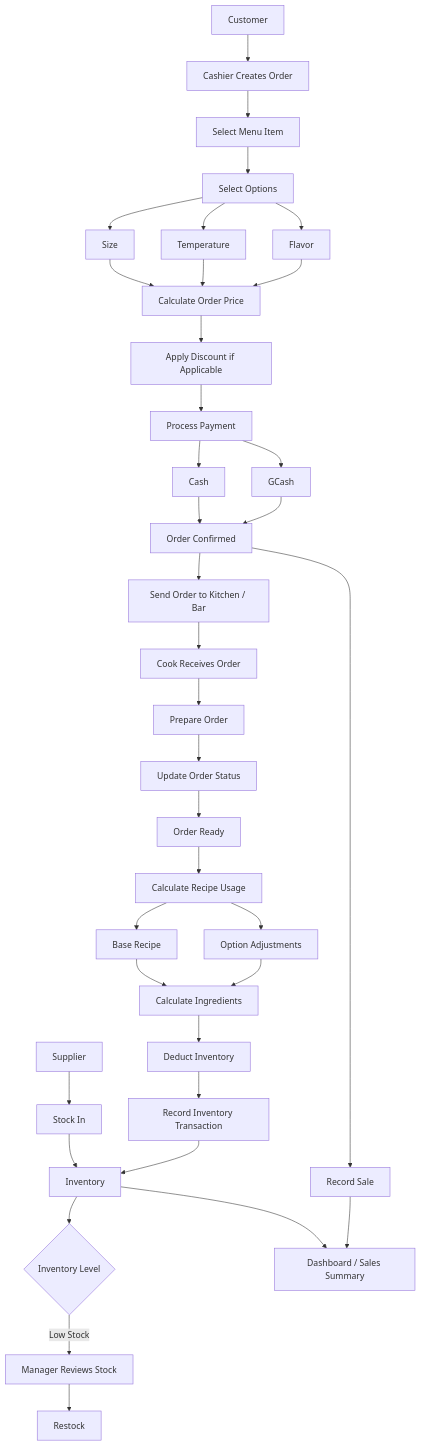
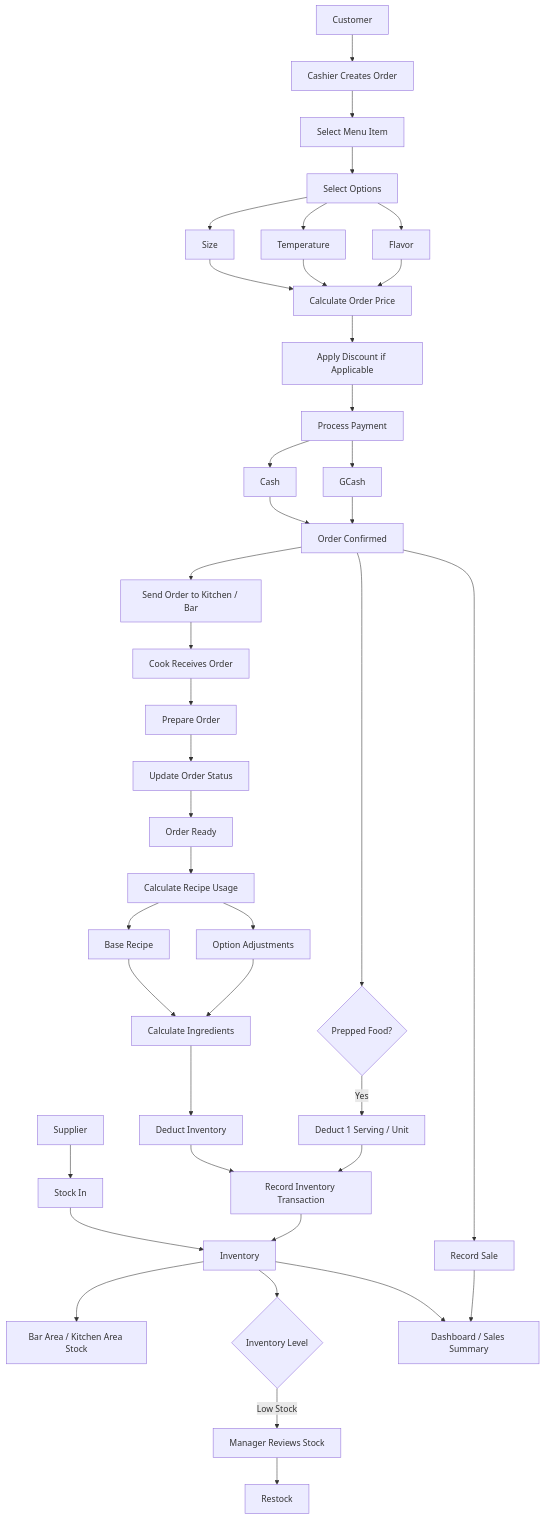
Before and after one commit to lzaragosa555459-eng/ProjectTBB: the second of 2 diagrams in README.md, drawn with Mermaid.

````diff
--- a/README.md
+++ b/README.md
@@ -357,56 +357,61 @@
 ```mermaid
 flowchart TD
 
     A[Supplier] --> B[Stock In]
     B --> C[Inventory]
+    C --> C1[Bar Area / Kitchen Area Stock]
 
     C --> D{Inventory Level}
     D -->|Low Stock| E[Manager Reviews Stock]
     E --> F[Restock]
 
     G[Customer] --> H[Cashier Creates Order]
 
     H --> I[Select Menu Item]
     I --> J[Select Options]
 
     J --> J1[Size]
     J --> J2[Temperature]
     J --> J3[Flavor]
 
     J1 --> K[Calculate Order Price]
     J2 --> K
     J3 --> K
 
     K --> L[Apply Discount if Applicable]
     L --> M[Process Payment]
 
     M --> M1[Cash]
     M --> M2[GCash]
 
     M1 --> N[Order Confirmed]
     M2 --> N
 
     N --> O[Send Order to Kitchen / Bar]
 
     O --> P[Cook Receives Order]
     P --> Q[Prepare Order]
     Q --> R[Update Order Status]
     R --> S[Order Ready]
 
     S --> T[Calculate Recipe Usage]
 
     T --> T1[Base Recipe]
     T --> T2[Option Adjustments]
 
     T1 --> U[Calculate Ingredients]
     T2 --> U
 
     U --> V[Deduct Inventory]
     V --> W[Record Inventory Transaction]
     W --> C
 
+    N --> Z{Prepped Food?}
+    Z -->|Yes| Z1[Deduct 1 Serving / Unit]
+    Z1 --> W
+
     N --> X[Record Sale]
     X --> Y[Dashboard / Sales Summary]
 
     C --> Y
 ```
````
